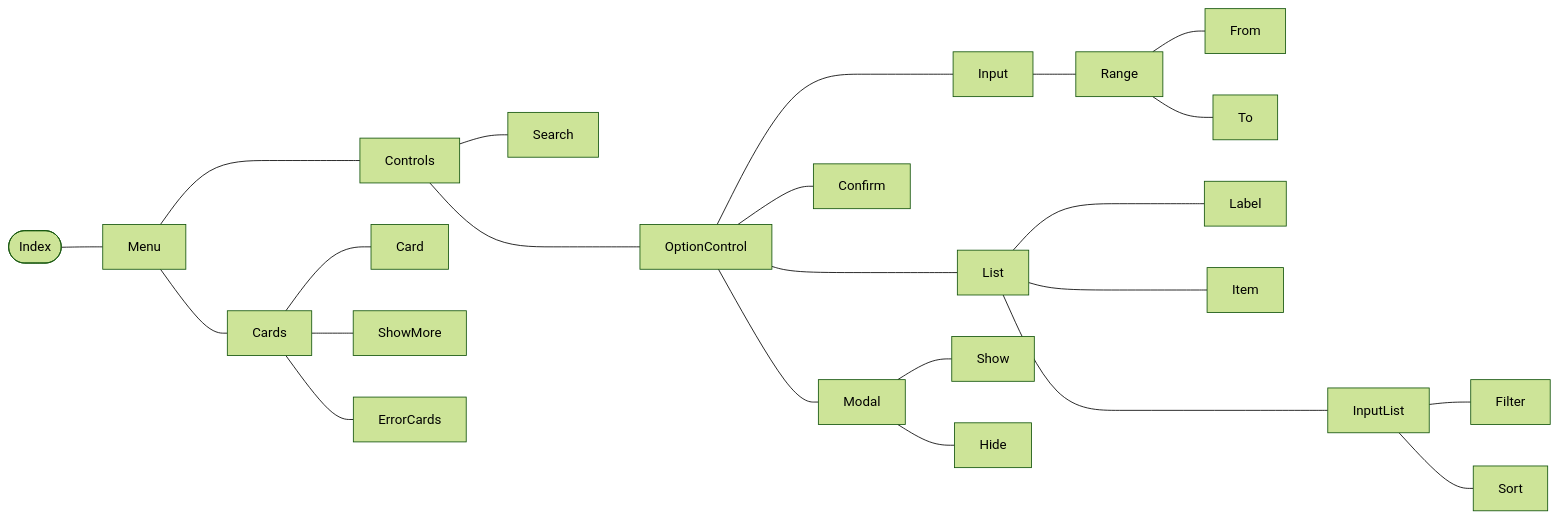
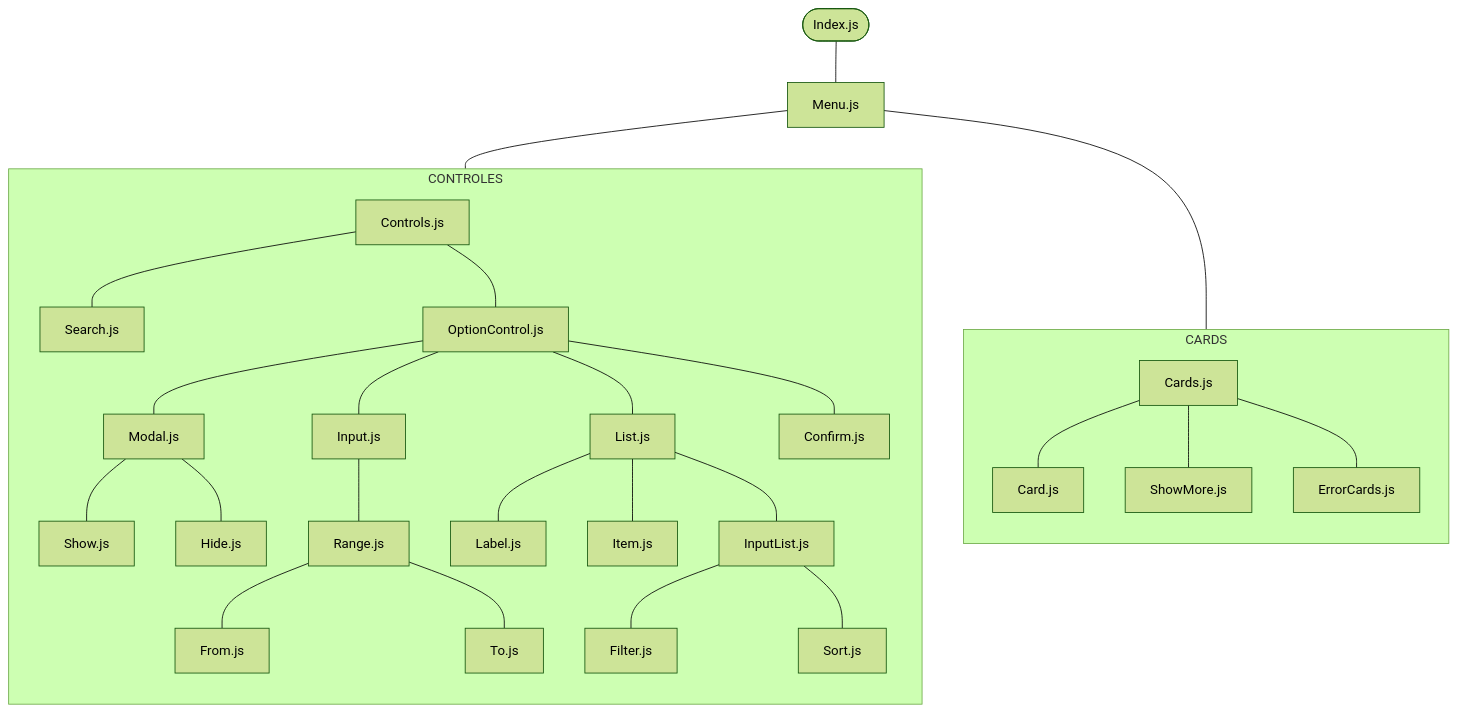
One commit to rodrigodomingorena/para-el-readme changed the diagram in README.md. Above: the diagram before and after it, drawn with Mermaid (forest theme).

````diff
--- a/README.md
+++ b/README.md
@@ -167,34 +167,45 @@
    ```mermaid
-   flowchart LR
-      index([Index]) --- menu[Menu]
+   flowchart TB
+      A([Index.js]) --- B[Menu.js]
       
-      menu ---- controls[Controls]
-      menu --- cards[Cards]
+      B --- CONTROLES
+      B --- CARDS
+      
+      
+      subgraph CONTROLES
+      direction TB
+      C[Controls.js]
+
+      C --- D[Search.js]
+      C --- E[OptionControl.js]
+      
+      E --- F[Modal.js]
+      E --- I[Input.js]
+      E --- M[List.js]
+      E --- S[Confirm.js]
             
-      controls --- search[Search]
-      controls ---- option[OptionControl]
+      F --- G[Show.js]
+      F --- H[Hide.js]
       
-      option --- modal[Modal]
-      option ---- input[Input]
-      option ---- list[List]
-      option --- confirm[Confirm]
-            
-      modal --- show[Show]
-      modal --- hide[Hide]
+      I --- J[Range.js]
+ 
+      J --- K[From.js]
+      J --- L[To.js]
       
-      input --- range[Range]
- 
-      range --- from[From]
-      range --- to[To]
+      M --- N[Label.js]
+      M --- O[Item.js]
+      M --- P[InputList.js]
       
-      list ---- label[Label]
-      list ---- item[Item]
-      list ----- inputlist[InputList]
+      P --- Q[Filter.js]
+      P --- R[Sort.js]
+      end
       
-      inputlist --- F[Filter]
-      inputlist --- sort[Sort]
-      
-      cards --- card[Card]
-      cards --- showmore[ShowMore]
-      cards --- errorcards[ErrorCards]
+      subgraph CARDS
+      direction TB
+      T[Cards.js]
+
+      T --- U[Card.js]
+      T --- V[ShowMore.js]
+      T --- W[ErrorCards.js]
+      end
    ```
````
